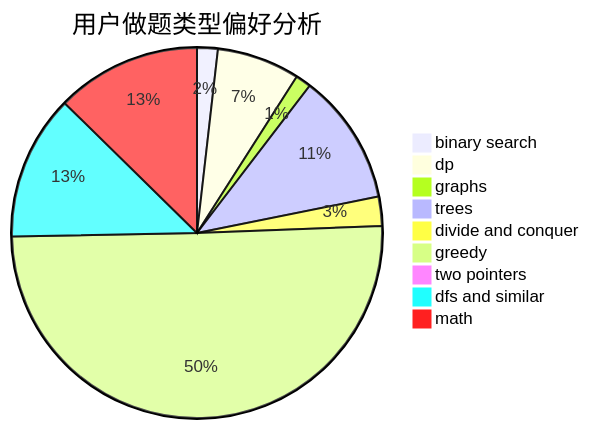
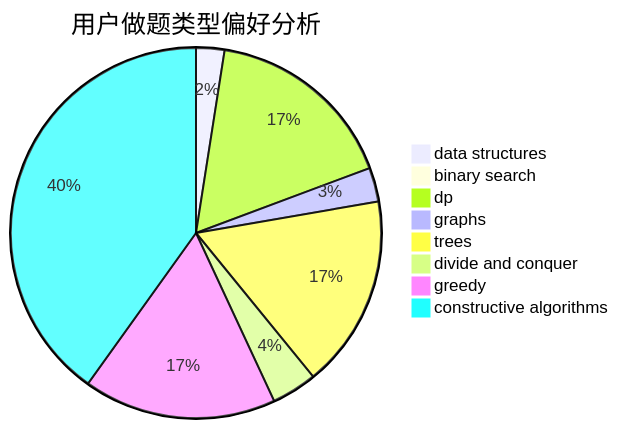
One commit to sherpahu/cfrs.github.io changed the second of 3 diagrams in docs/user/u2445.md. Above: the diagram before and after it, drawn with Mermaid. The commit also changed other lines of this file and 2775 other files, not shown here.

````diff
--- a/docs/user/u2445.md
+++ b/docs/user/u2445.md
@@ -23,12 +23,11 @@
 ```mermaid
 pie title 用户做题类型偏好分析
-    "binary search" :  12
-    "dp" :  48
-    "graphs" :  9
-    "trees" :  76
-    "divide and conquer" :  17
-    "greedy" :  334
-    "two pointers" :  4
-    "dfs and similar" :  84
-    "math" :  84
+    "data structures" :  5
+    "binary search" :  0
+    "dp" :  34
+    "graphs" :  6
+    "trees" :  34
+    "divide and conquer" :  8
+    "greedy" :  34
+    "constructive algorithms" :  81
 ```
````
